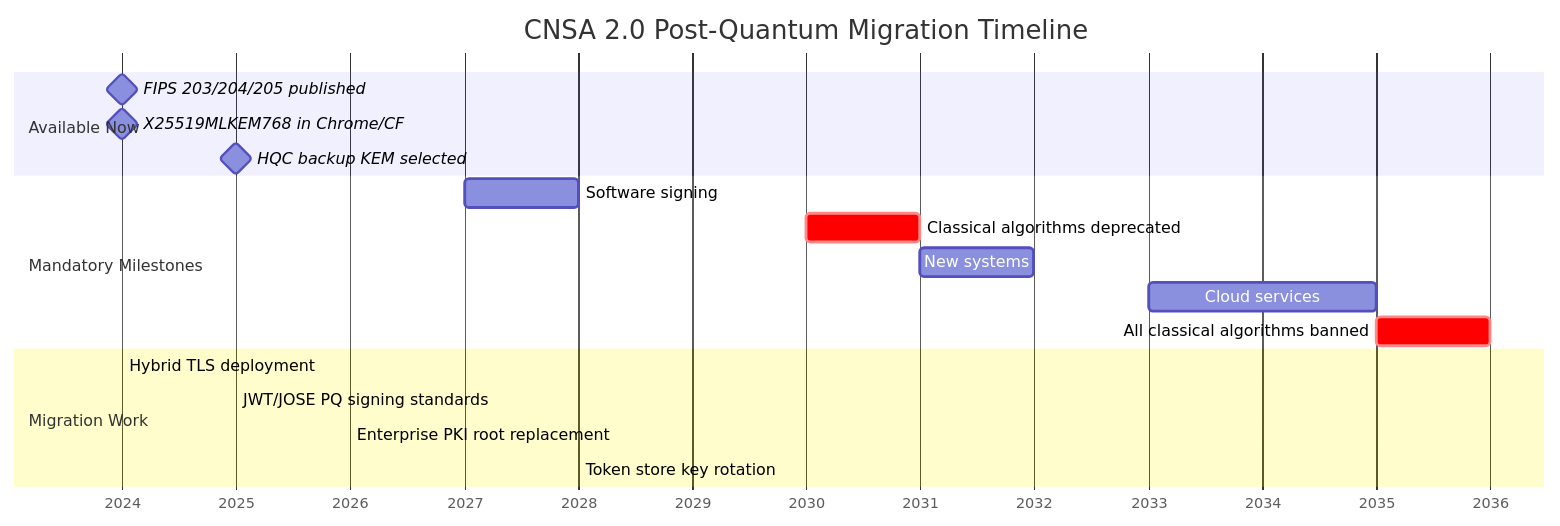
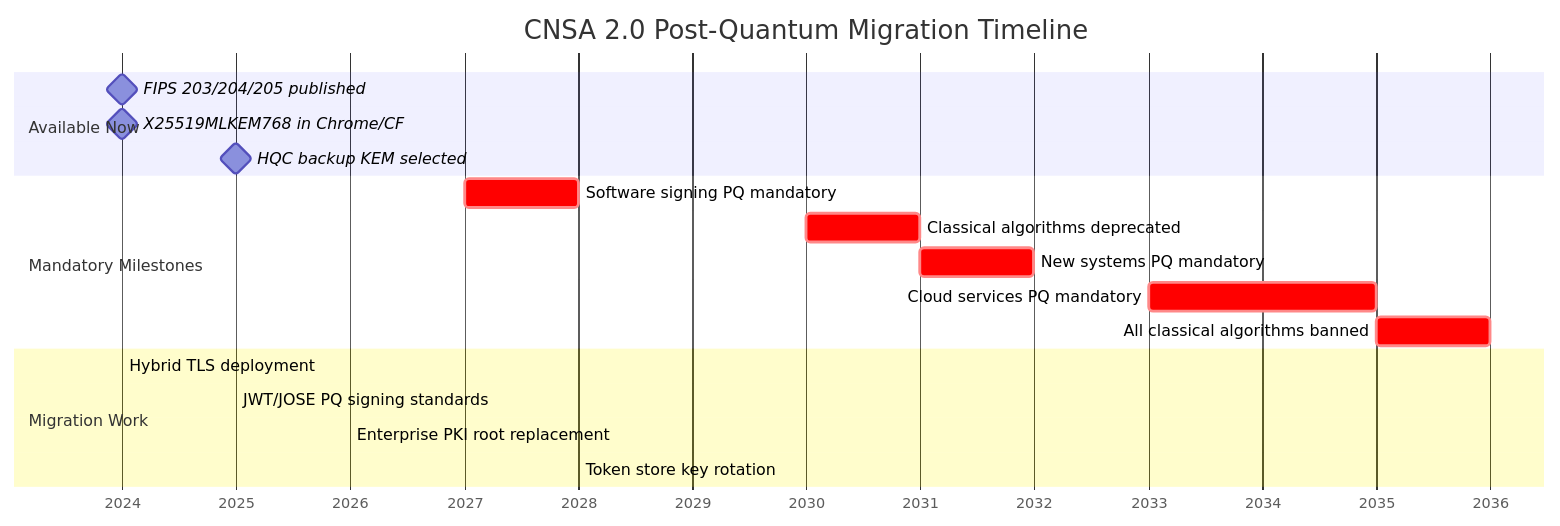
Before and after one commit to kiriz/idp-research: the sixth of 8 diagrams in site/src/content/docs/future-of-auth/index.md, drawn with Mermaid. The commit also changed other lines of this file, not shown here.

First line of the commit message:
Fix Mermaid syntax errors in all 5 affected diagrams

````diff
--- a/site/src/content/docs/future-of-auth/index.md
+++ b/site/src/content/docs/future-of-auth/index.md
@@ -350,24 +350,24 @@
 ```mermaid
 gantt
     title CNSA 2.0 Post-Quantum Migration Timeline
     dateFormat YYYY
     axisFormat %Y
 
     section Available Now
     FIPS 203/204/205 published        :milestone, 2024, 0d
     X25519MLKEM768 in Chrome/CF       :milestone, 2024, 0d
     HQC backup KEM selected           :milestone, 2025, 0d
 
     section Mandatory Milestones
-    Software signing: PQ mandatory    :crit, 2027, 365d
+    Software signing PQ mandatory     :crit, 2027, 365d
     Classical algorithms deprecated   :crit, 2030, 365d
-    New systems: PQ mandatory         :crit, 2031, 365d
-    Cloud services: PQ mandatory      :crit, 2033, 730d
+    New systems PQ mandatory          :crit, 2031, 365d
+    Cloud services PQ mandatory       :crit, 2033, 730d
     All classical algorithms banned   :crit, 2035, 365d
 
     section Migration Work
     Hybrid TLS deployment             :active, 2024, 2026-06-01
     JWT/JOSE PQ signing standards     :2025, 2027-06-01
     Enterprise PKI root replacement   :2026, 2030-01-01
     Token store key rotation          :2028, 2032-01-01
 ```
````
